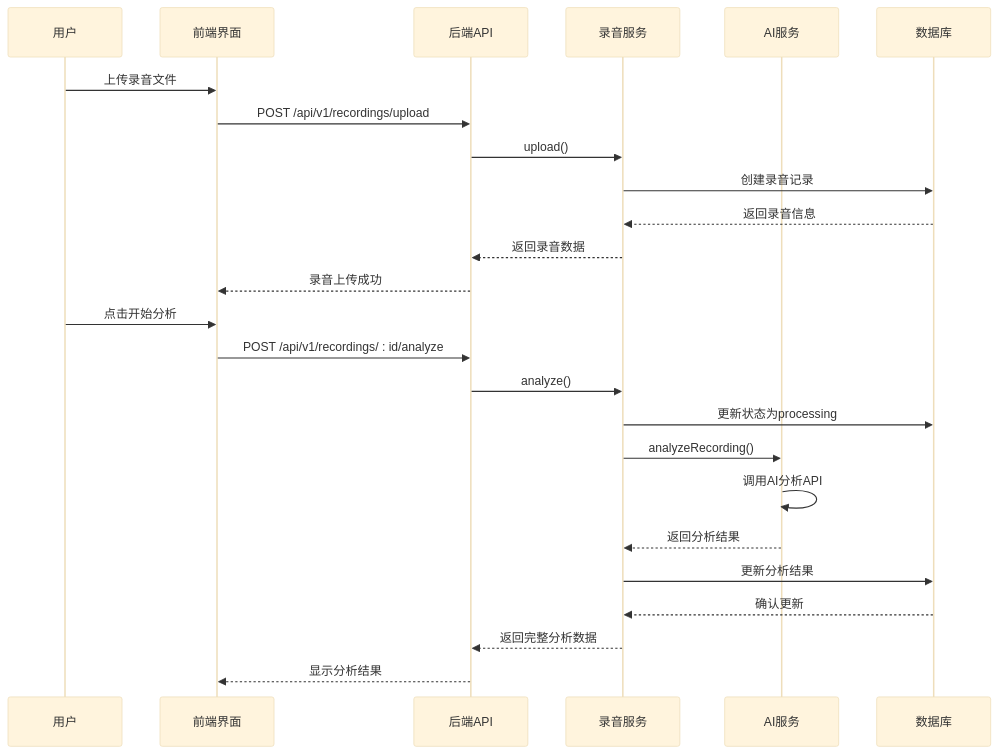
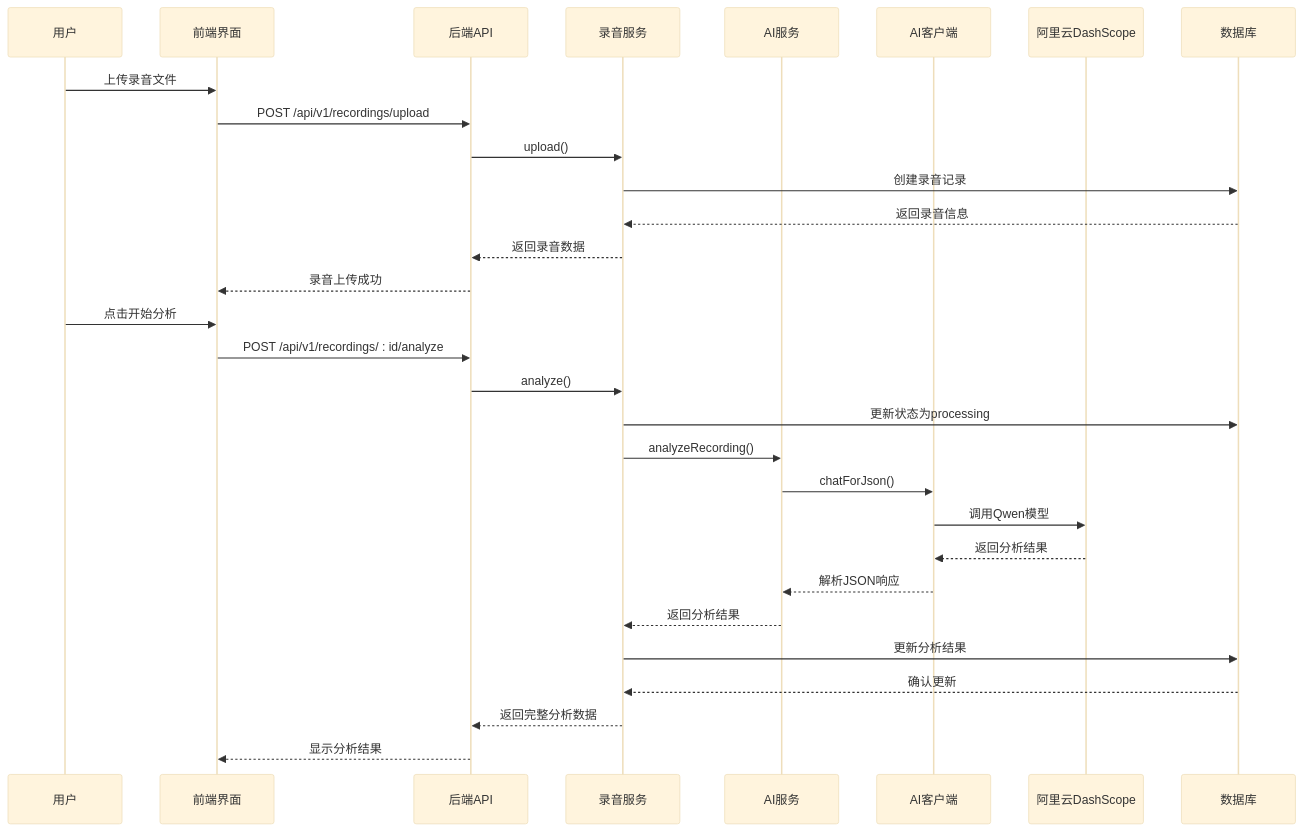
Before and after one commit to xianjianshenqu/SalesFlow-CRM: the fifth of 13 diagrams in .qoder/repowiki/zh/content/Ai Audio Analysis.md, drawn with Mermaid (base theme). The commit also changed other lines of this file and 10 other files, not shown here.

````diff
--- a/.qoder/repowiki/zh/content/Ai Audio Analysis.md
+++ b/.qoder/repowiki/zh/content/Ai Audio Analysis.md
@@ -343,27 +412,32 @@
 ```mermaid
 sequenceDiagram
 participant User as 用户
 participant Frontend as 前端界面
 participant API as 后端API
 participant Service as 录音服务
 participant AIService as AI服务
+participant AIClient as AI客户端
+participant DashScope as 阿里云DashScope
 participant DB as 数据库
 User->>Frontend : 上传录音文件
 Frontend->>API : POST /api/v1/recordings/upload
 API->>Service : upload()
 Service->>DB : 创建录音记录
 DB-->>Service : 返回录音信息
 Service-->>API : 返回录音数据
 API-->>Frontend : 录音上传成功
 User->>Frontend : 点击开始分析
 Frontend->>API : POST /api/v1/recordings/ : id/analyze
 API->>Service : analyze()
 Service->>DB : 更新状态为processing
 Service->>AIService : analyzeRecording()
-AIService->>AIService : 调用AI分析API
+AIService->>AIClient : chatForJson()
+AIClient->>DashScope : 调用Qwen模型
+DashScope-->>AIClient : 返回分析结果
+AIClient-->>AIService : 解析JSON响应
 AIService-->>Service : 返回分析结果
 Service->>DB : 更新分析结果
 DB-->>Service : 确认更新
 Service-->>API : 返回完整分析数据
 API-->>Frontend : 显示分析结果
 ```
````
